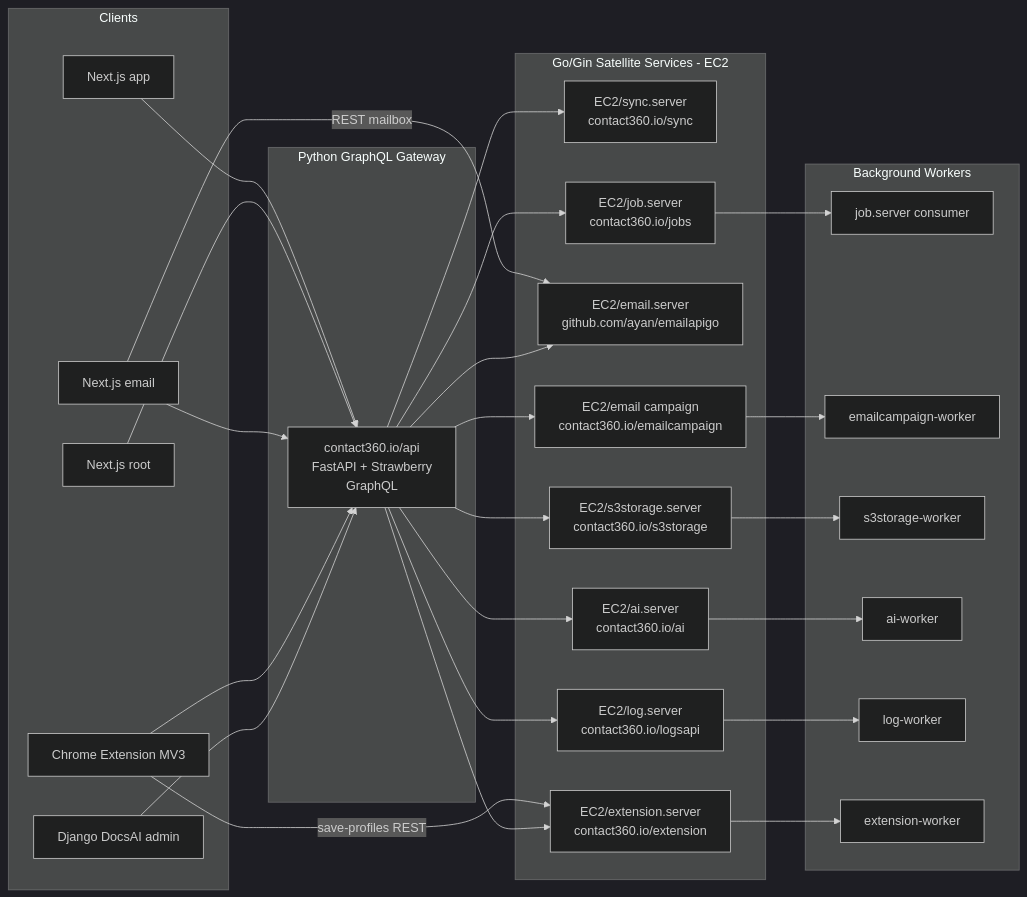
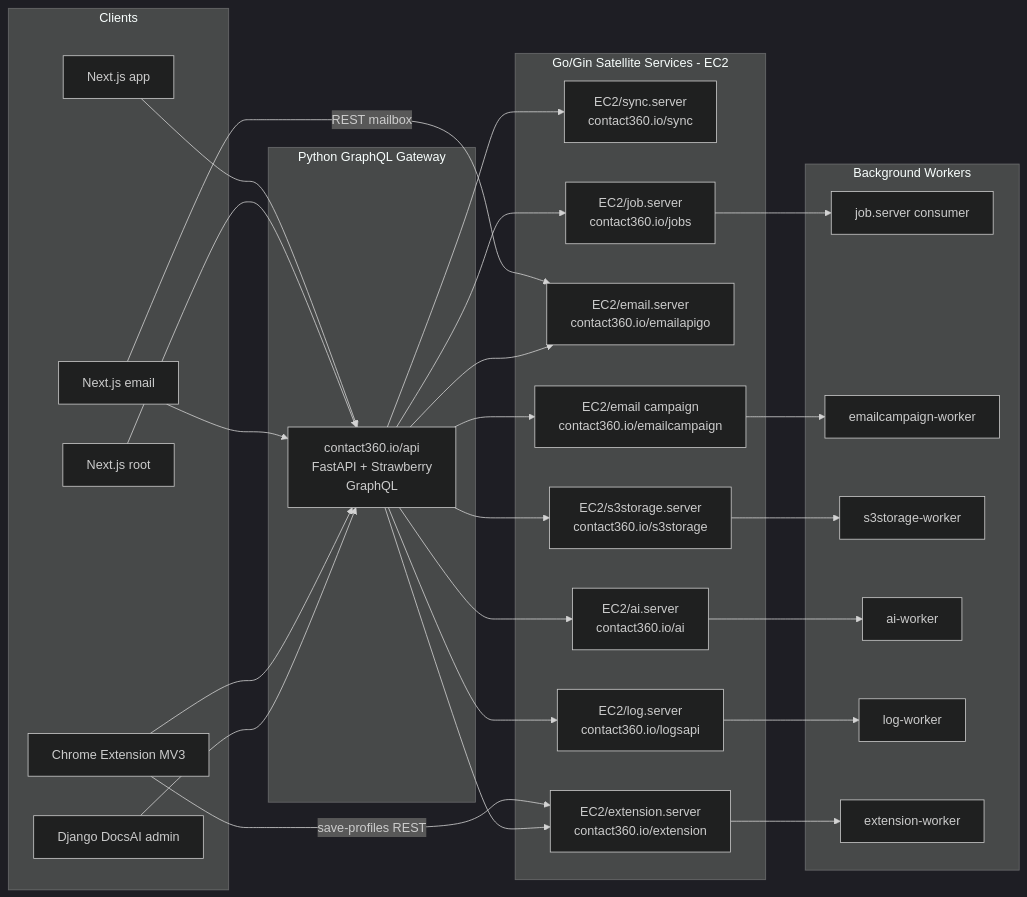
The diagram in docs/architecture.md (thekoushikdurgas/docsai), drawn with Mermaid (dark theme) before and after one commit. The commit also changed other lines of this file and 4763 other files, not shown here.

````diff
--- a/docs/architecture.md
+++ b/docs/architecture.md
@@ -23,52 +23,52 @@
 ```mermaid
 flowchart LR
   subgraph clients [Clients]
     AppNext["Next.js app"]
     RootNext["Next.js root"]
     EmailNext["Next.js email"]
     Extension["Chrome Extension MV3"]
     DocsAI["Django DocsAI admin"]
   end
   subgraph gateway [Python GraphQL Gateway]
     GQL["contact360.io/api\nFastAPI + Strawberry\nGraphQL"]
   end
   subgraph satellites [Go/Gin Satellite Services - EC2]
     Sync["EC2/sync.server\ncontact360.io/sync"]
     Jobs["EC2/job.server\ncontact360.io/jobs"]
-    Email["EC2/email.server\ngithub.com/ayan/emailapigo"]
+    Email["EC2/email.server\ncontact360.io/emailapigo"]
     Campaign["EC2/email campaign\ncontact360.io/emailcampaign"]
     S3["EC2/s3storage.server\ncontact360.io/s3storage"]
     AI["EC2/ai.server\ncontact360.io/ai"]
     Logs["EC2/log.server\ncontact360.io/logsapi"]
     Ext["EC2/extension.server\ncontact360.io/extension"]
   end
   subgraph workers [Background Workers]
     JobWorker["job.server consumer"]
     CampaignWorker["emailcampaign-worker"]
     S3Worker["s3storage-worker"]
     AIWorker["ai-worker"]
     LogWorker["log-worker"]
     ExtWorker["extension-worker"]
   end
   AppNext --> GQL
   RootNext --> GQL
   EmailNext --> GQL
   EmailNext -->|"REST mailbox"| Email
   Extension --> GQL
   Extension -->|"save-profiles REST"| Ext
   DocsAI --> GQL
   GQL --> Sync
   GQL --> Jobs
   GQL --> Email
   GQL --> Campaign
   GQL --> S3
   GQL --> AI
   GQL --> Logs
   GQL --> Ext
   Jobs --> JobWorker
   Campaign --> CampaignWorker
   S3 --> S3Worker
   AI --> AIWorker
   Logs --> LogWorker
   Ext --> ExtWorker
 ```
````
